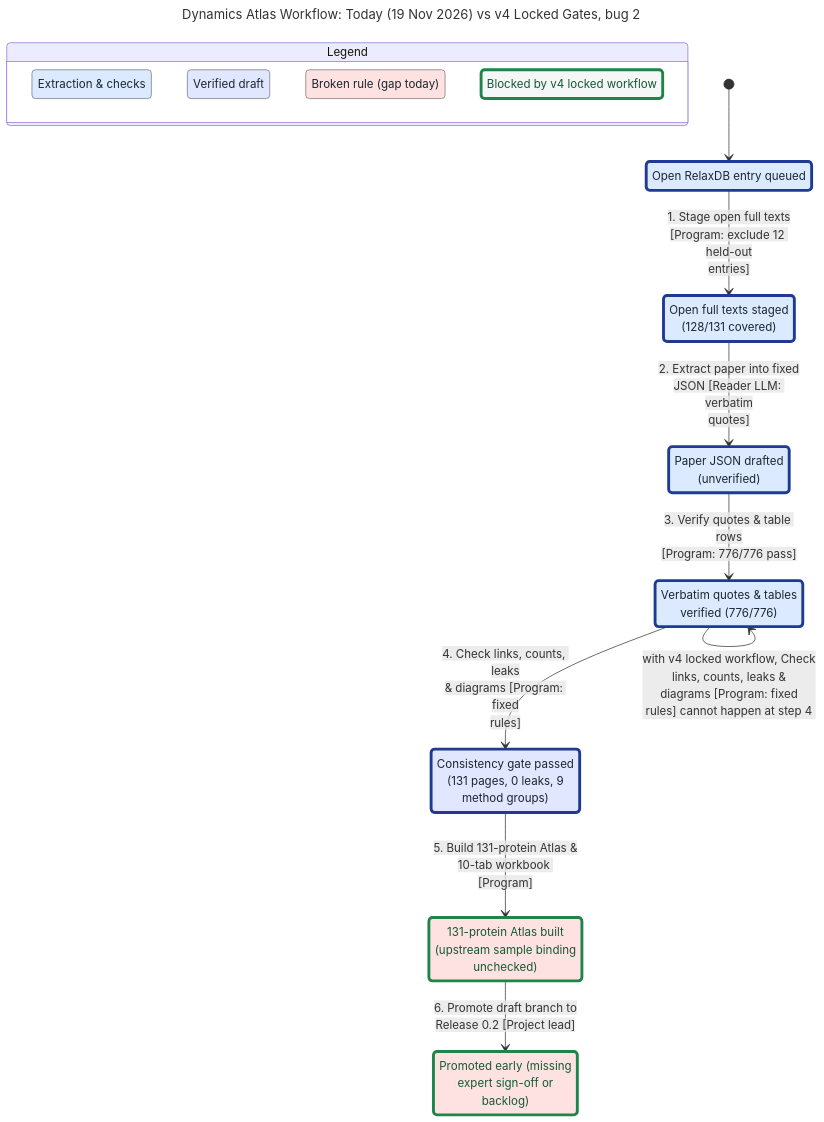
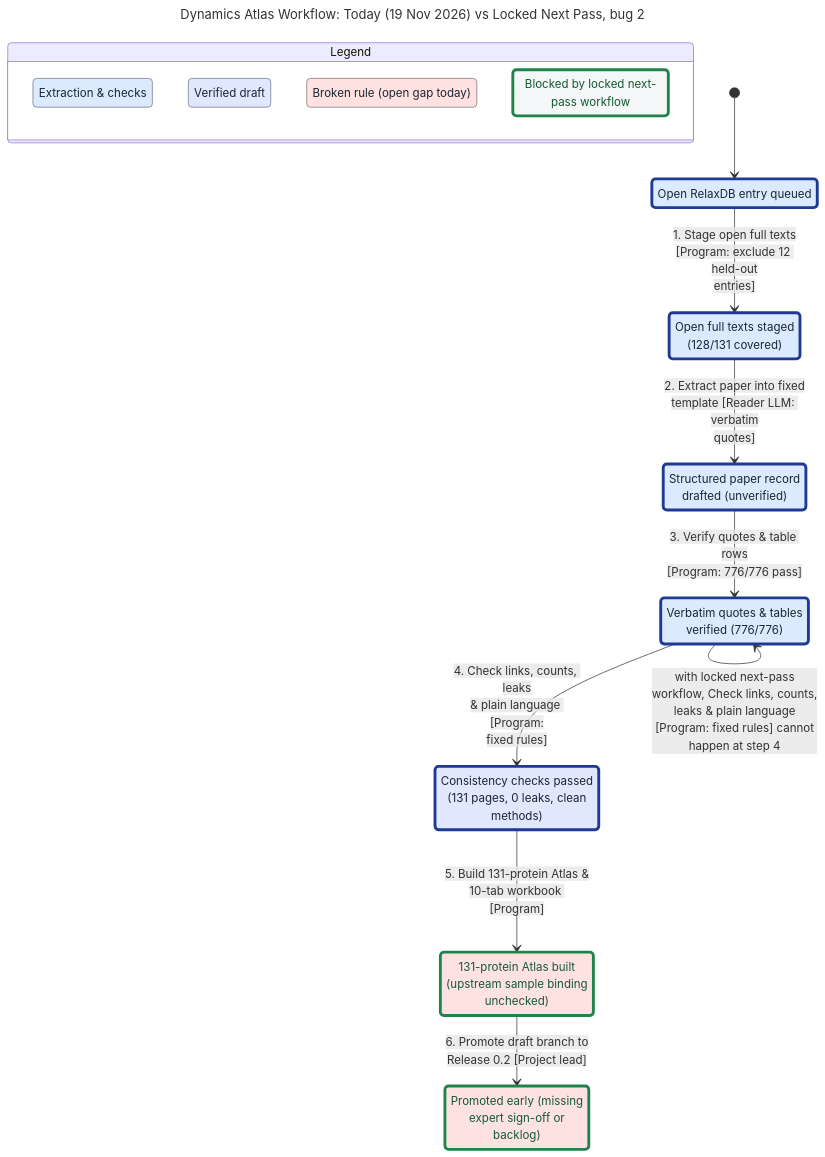
The diagram in methods/statechart/bug-2.mmd (alex051107/dynamics-atlas-relaxdb), drawn with Mermaid before and after one commit. The commit also changed 16 other files, not shown here.

```diff
--- a/methods/statechart/bug-2.mmd
+++ b/methods/statechart/bug-2.mmd
@@ -1,48 +1,48 @@
 ---
-title: "Dynamics Atlas Workflow: Today (19 Nov 2026) vs v4 Locked Gates, bug 2"
+title: "Dynamics Atlas Workflow: Today (19 Nov 2026) vs Locked Next Pass, bug 2"
 config:
   markdownAutoWrap: false
   state:
     useMaxWidth: false
 ---
 stateDiagram-v2
-  %% second model (fix): v4 locked workflow
+  %% second model (fix): locked next-pass workflow
   classDef plainFixed fill:#f4f6f7,stroke:#1e8449,stroke-width:4px,color:#145a32
   classDef group1 fill:#dbeafe,stroke:#6e757f,color:#1b2631
   classDef group1Path fill:#dbeafe,stroke:#1f3a93,stroke-width:4px,color:#1b2631
   classDef group2 fill:#e0e7ff,stroke:#707480,color:#1b2631
   classDef group2Path fill:#e0e7ff,stroke:#1f3a93,stroke-width:4px,color:#1b2631
   classDef group5 fill:#fee2e2,stroke:#7f7171,color:#1b2631
   classDef group5Fixed fill:#fee2e2,stroke:#1e8449,stroke-width:4px,color:#145a32
   state "Legend" as legend {
     state "Extraction & checks" as legendGroup1
     state "Verified draft" as legendGroup2
-    state "Broken rule (gap today)" as legendGroup5
-    state "Blocked by v4 locked workflow" as legendFixed
+    state "Broken rule (open gap today)" as legendGroup5
+    state "Blocked by locked next-pass workflow" as legendFixed
   }
   class legendGroup1 group1
   class legendGroup2 group2
   class legendGroup5 group5
   class legendFixed plainFixed
   state "131-protein Atlas built<br/>(upstream sample binding<br/>unchecked)" as s0
-  state "Consistency gate passed<br/>(131 pages, 0 leaks, 9<br/>method groups)" as s1
+  state "Consistency checks passed<br/>(131 pages, 0 leaks, clean<br/>methods)" as s1
   state "Open RelaxDB entry queued" as s2
   state "Open full texts staged<br/>(128/131 covered)" as s3
-  state "Paper JSON drafted<br/>(unverified)" as s4
-  state "Promoted early (missing<br/>expert sign-off or<br/>backlog)" as s5
+  state "Promoted early (missing<br/>expert sign-off or<br/>backlog)" as s4
+  state "Structured paper record<br/>drafted (unverified)" as s5
   state "Verbatim quotes & tables<br/>verified (776/776)" as s6
   [*] --> s2
   s2 --> s3 : 1. Stage open full texts<br/>[Program: exclude 12 held-out<br/>entries]
-  s3 --> s4 : 2. Extract paper into fixed<br/>JSON [Reader LLM: verbatim<br/>quotes]
-  s4 --> s6 : 3. Verify quotes & table rows<br/>[Program: 776/776 pass]
-  s6 --> s1 : 4. Check links, counts, leaks<br/>& diagrams [Program: fixed<br/>rules]
+  s3 --> s5 : 2. Extract paper into fixed<br/>template [Reader LLM: verbatim<br/>quotes]
+  s5 --> s6 : 3. Verify quotes & table rows<br/>[Program: 776/776 pass]
+  s6 --> s1 : 4. Check links, counts, leaks<br/>& plain language [Program:<br/>fixed rules]
   s1 --> s0 : 5. Build 131-protein Atlas &<br/>10-tab workbook [Program]
-  s0 --> s5 : 6. Promote draft branch to<br/>Release 0.2 [Project lead]
-  s6 --> s6 : with v4 locked workflow, Check<br/>links, counts, leaks &<br/>diagrams [Program: fixed<br/>rules] cannot happen at step 4
+  s0 --> s4 : 6. Promote draft branch to<br/>Release 0.2 [Project lead]
+  s6 --> s6 : with locked next-pass<br/>workflow, Check links, counts,<br/>leaks & plain language<br/>[Program: fixed rules] cannot<br/>happen at step 4
   class s0 group5Fixed
   class s1 group2Path
   class s2 group1Path
   class s3 group1Path
-  class s4 group1Path
-  class s5 group5Fixed
+  class s4 group5Fixed
+  class s5 group1Path
   class s6 group1Path
```
